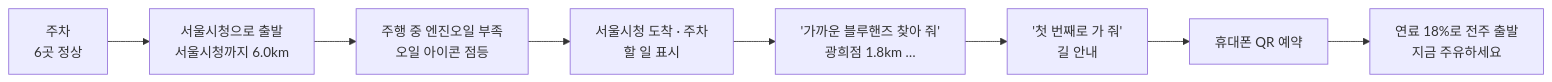
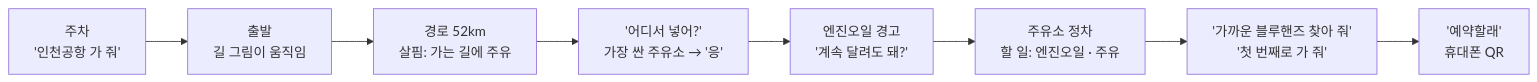
The eighth of 8 diagrams in docs/architecture.md (salpim-pleos/salpim), drawn with Mermaid before and after one commit. The commit also changed other lines of this file and 52 other files, not shown here.

````diff
--- a/docs/architecture.md
+++ b/docs/architecture.md
@@ -207,10 +216,10 @@
 ```mermaid
 flowchart LR
-    S0["주차<br/>6곳 정상"] --> S1["서울시청으로 출발<br/>서울시청까지 6.0km"]
-    S1 --> S2["주행 중 엔진오일 부족<br/>오일 아이콘 점등"]
-    S2 --> S3["서울시청 도착 · 주차<br/>할 일 표시"]
-    S3 --> S4["'가까운 블루핸즈 찾아 줘'<br/>광희점 1.8km …"]
-    S4 --> S5["'첫 번째로 가 줘'<br/>길 안내"]
-    S5 --> S6["휴대폰 QR 예약"]
-    S6 --> S7["연료 18%로 전주 출발<br/>지금 주유하세요"]
+    S0["주차<br/>'인천공항 가 줘'"] --> S1["출발<br/>길 그림이 움직임"]
+    S1 --> S2["경로 52km<br/>살핌: 가는 길에 주유"]
+    S2 --> S3["'어디서 넣어?'<br/>가장 싼 주유소 → '응'"]
+    S3 --> S4["엔진오일 경고<br/>'계속 달려도 돼?'"]
+    S4 --> S5["주유소 정차<br/>할 일: 엔진오일 · 주유"]
+    S5 --> S6["'가까운 블루핸즈 찾아 줘'<br/>'첫 번째로 가 줘'"]
+    S6 --> S7["'예약할래'<br/>휴대폰 QR"]
 ```
````
